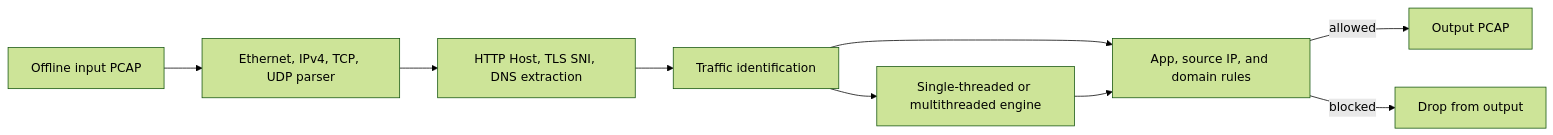
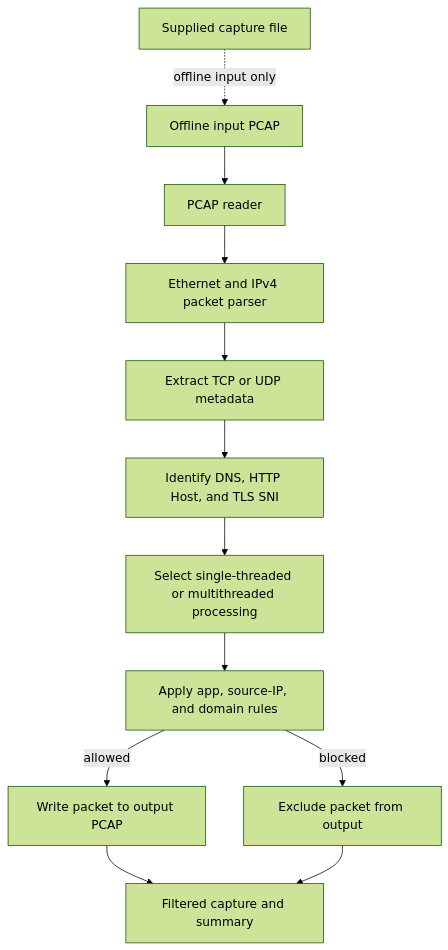
Before and after one commit to nihalmachhi/Deep-Packet-Inspection-DPI-Engine: the diagram in README.md, drawn with Mermaid (forest theme).

Commit message:
docs: expand README architecture diagram

````diff
--- a/README.md
+++ b/README.md
@@ -11,11 +11,14 @@
 ```mermaid
-flowchart LR
-  A[Offline input PCAP] --> B[Ethernet, IPv4, TCP, UDP parser]
-  B --> C[HTTP Host, TLS SNI, DNS extraction]
-  C --> D[Traffic identification]
-  D --> E[App, source IP, and domain rules]
-  E -->|allowed| F[Output PCAP]
-  E -->|blocked| G[Drop from output]
-  D --> H[Single-threaded or multithreaded engine]
-  H --> E
+flowchart TD
+  A[Offline input PCAP] --> B[PCAP reader]
+  B --> C[Ethernet and IPv4 packet parser]
+  C --> D[Extract TCP or UDP metadata]
+  D --> E[Identify DNS, HTTP Host, and TLS SNI]
+  E --> F[Select single-threaded or multithreaded processing]
+  F --> G[Apply app, source-IP, and domain rules]
+  G -->|allowed| H[Write packet to output PCAP]
+  G -->|blocked| I[Exclude packet from output]
+  H --> J[Filtered capture and summary]
+  I --> J
+  K[Supplied capture file] -. offline input only .-> A
 ```
````
